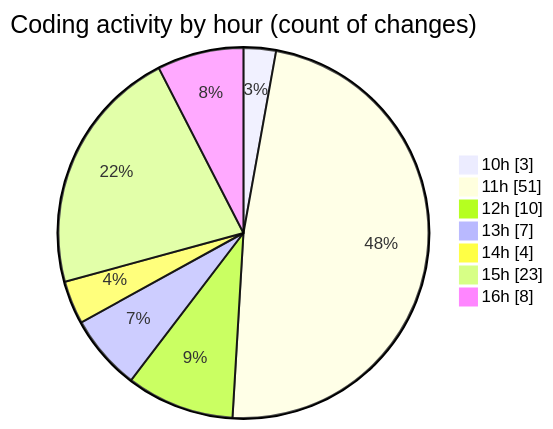
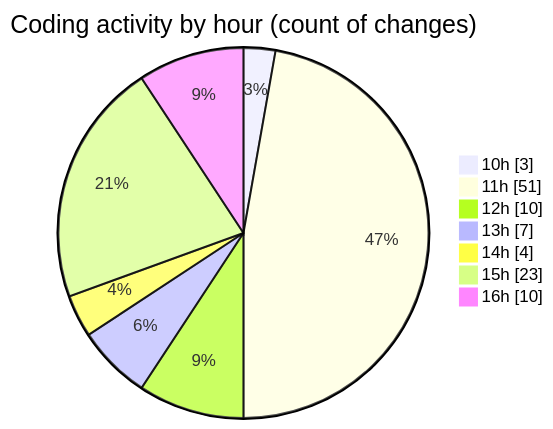
One commit to nxtqubesakshisongat/code-tracking changed the second of 2 diagrams in 2025-07-11/argos/README.md. Above: the diagram before and after it, drawn with Mermaid. The commit also changed other lines of this file and 1 other file, not shown here.

````diff
--- a/2025-07-11/argos/README.md
+++ b/2025-07-11/argos/README.md
@@ -35,11 +35,11 @@
 ```mermaid
 pie showData
 title Coding activity by hour (count of changes)
 "10h" : 3
 "11h" : 51
 "12h" : 10
 "13h" : 7
 "14h" : 4
 "15h" : 23
-"16h" : 8
+"16h" : 10
 ```
````
